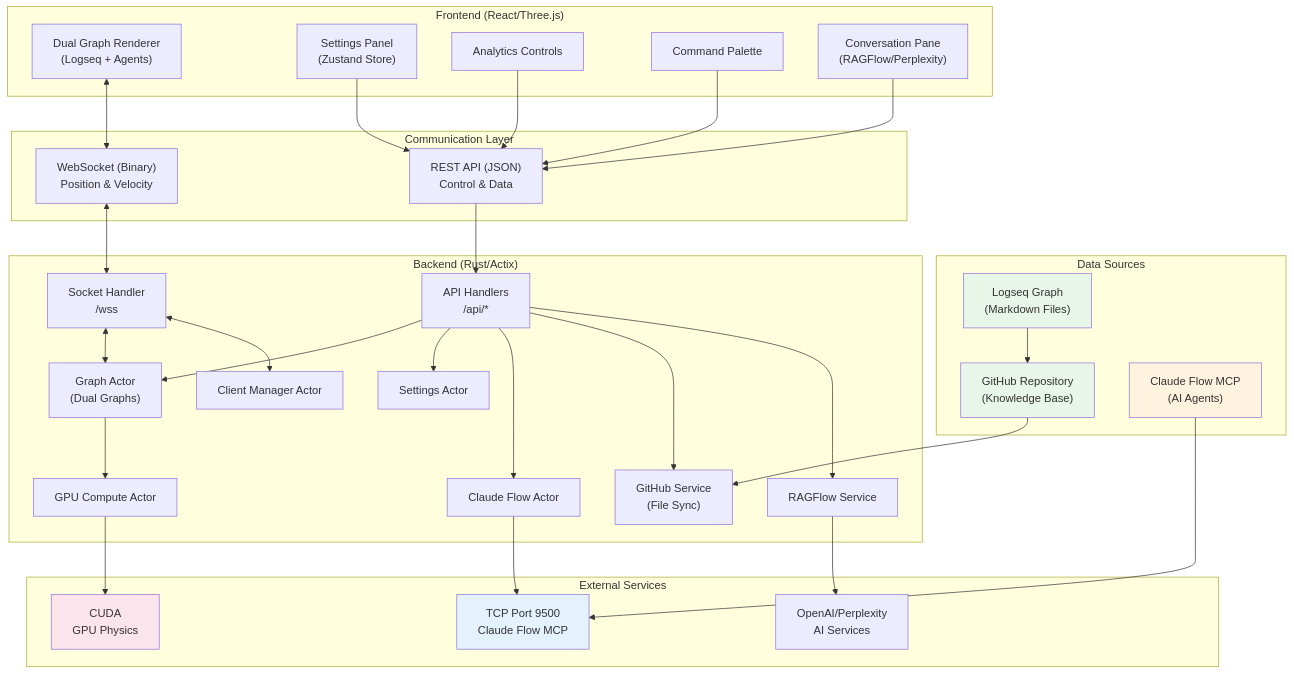
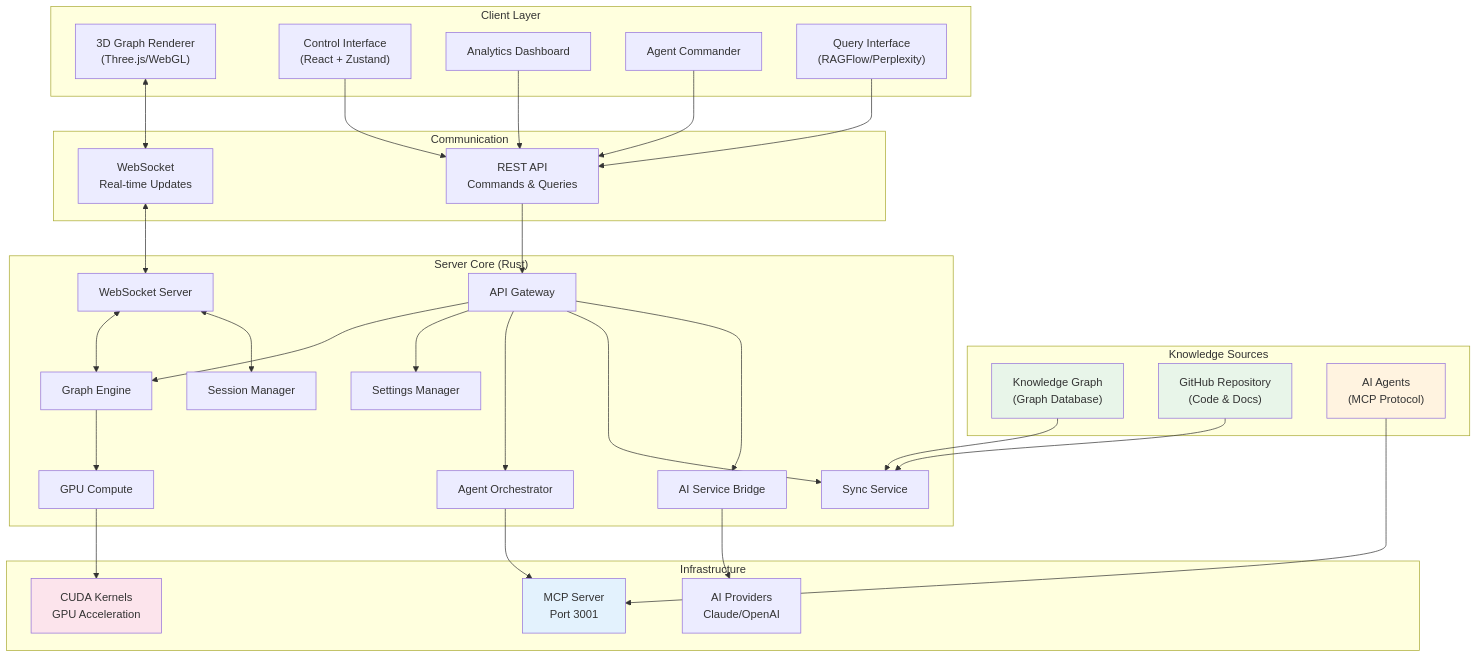
The first of 2 diagrams in README.md (DreamLab-AI/VisionFlow), drawn with Mermaid before and after one commit. The commit also changed other lines of this file and 3 other files, not shown here.

````diff
--- a/README.md
+++ b/README.md
@@ -96,61 +118,61 @@
 ```mermaid
 graph TD
-    subgraph "Data Sources"
-        LS["Logseq Graph<br/>(Markdown Files)"]
-        GH["GitHub Repository<br/>(Knowledge Base)"]
-        CF["Claude Flow MCP<br/>(AI Agents)"]
+    subgraph "Knowledge Sources"
+        KG["Knowledge Graph<br/>(Graph Database)"]
+        GH["GitHub Repository<br/>(Code & Docs)"]
+        AI["AI Agents<br/>(MCP Protocol)"]
     end
 
-    subgraph "Frontend (React/Three.js)"
-        A["Dual Graph Renderer<br/>(Logseq + Agents)"]
-        B["Settings Panel<br/>(Zustand Store)"]
-        C["Analytics Controls"]
-        D["Command Palette"]
-        E["Conversation Pane<br/>(RAGFlow/Perplexity)"]
+    subgraph "Client Layer"
+        A["3D Graph Renderer<br/>(Three.js/WebGL)"]
+        B["Control Interface<br/>(React + Zustand)"]
+        C["Analytics Dashboard"]
+        D["Agent Commander"]
+        E["Query Interface<br/>(RAGFlow/Perplexity)"]
     end
 
-    subgraph "Communication Layer"
-        F["REST API (JSON)<br/>Control & Data"]
-        G["WebSocket (Binary)<br/>Position & Velocity"]
+    subgraph "Communication"
+        F["REST API<br/>Commands & Queries"]
+        G["WebSocket<br/>Real-time Updates"]
     end
 
     B & C & D & E --> F
     A <--> G
 
-    subgraph "Backend (Rust/Actix)"
-        H["API Handlers<br/>/api/*"]
-        I["Socket Handler<br/>/wss"]
-        J["Graph Actor<br/>(Dual Graphs)"]
-        K["Settings Actor"]
-        L["Claude Flow Actor"]
-        M["GPU Compute Actor"]
-        N["Client Manager Actor"]
-        O["GitHub Service<br/>(File Sync)"]
-        P["RAGFlow Service"]
+    subgraph "Server Core (Rust)"
+        H["API Gateway"]
+        I["WebSocket Server"]
+        J["Graph Engine"]
+        K["Settings Manager"]
+        L["Agent Orchestrator"]
+        M["GPU Compute"]
+        N["Session Manager"]
+        O["Sync Service"]
+        P["AI Service Bridge"]
     end
 
     F --> H
     G <--> I
     H --> J & K & L & O & P
     I <--> J & N
     J --> M
 
-    subgraph "External Services"
-        Q["TCP Port 9500<br/>Claude Flow MCP"]
-        R["CUDA<br/>GPU Physics"]
-        S["OpenAI/Perplexity<br/>AI Services"]
+    subgraph "Infrastructure"
+        Q["MCP Server<br/>Port 3001"]
+        R["CUDA Kernels<br/>GPU Acceleration"]
+        S["AI Providers<br/>Claude/OpenAI"]
     end
 
-    LS --> GH
+    KG --> O
     GH --> O
     L --> Q
     M --> R
     P --> S
-    CF --> Q
+    AI --> Q
 
-    style LS fill:#e8f5e9
+    style KG fill:#e8f5e9
     style GH fill:#e8f5e9
-    style CF fill:#fff3e0
+    style AI fill:#fff3e0
     style Q fill:#e3f2fd
     style R fill:#fce4ec
 ```
````
